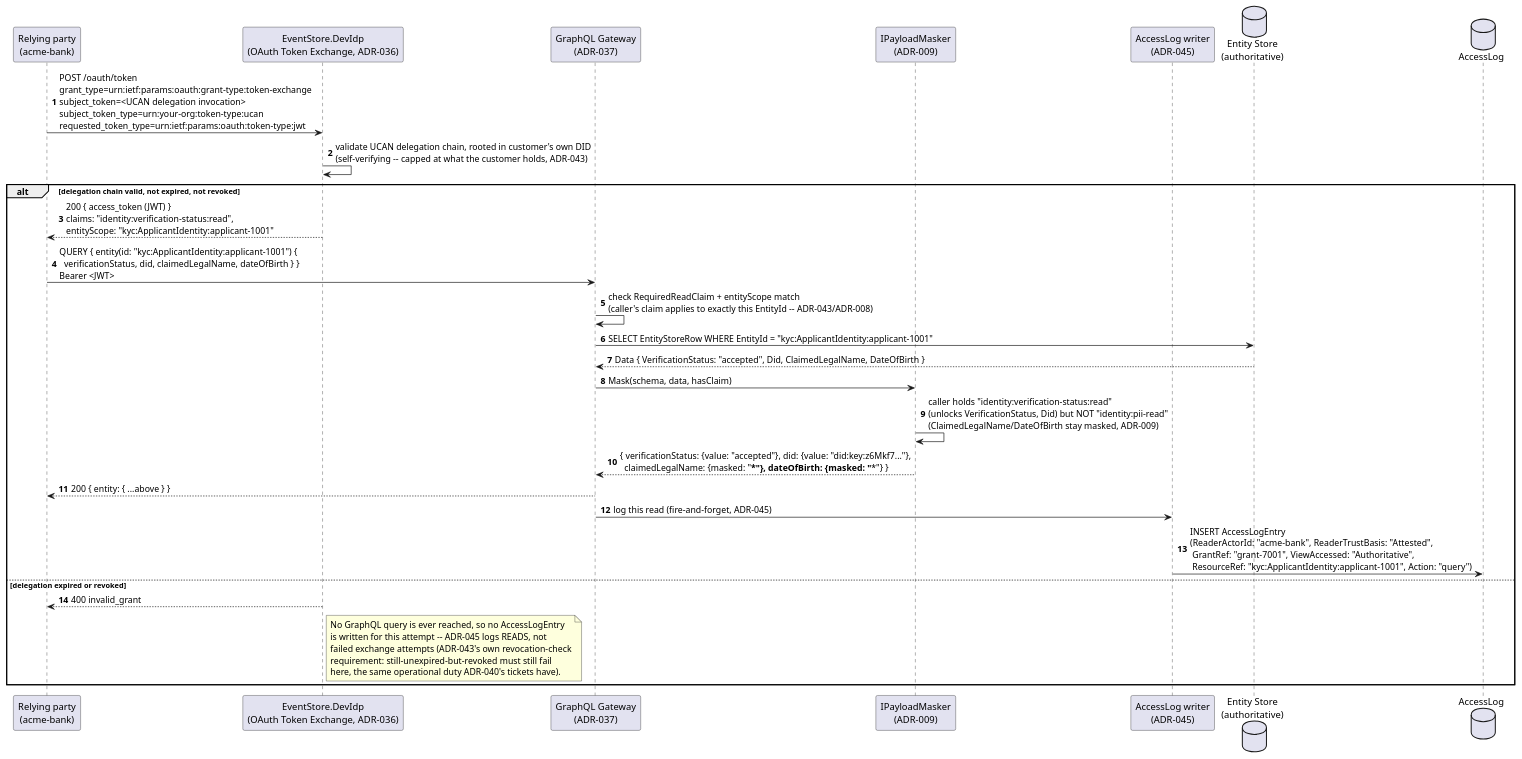
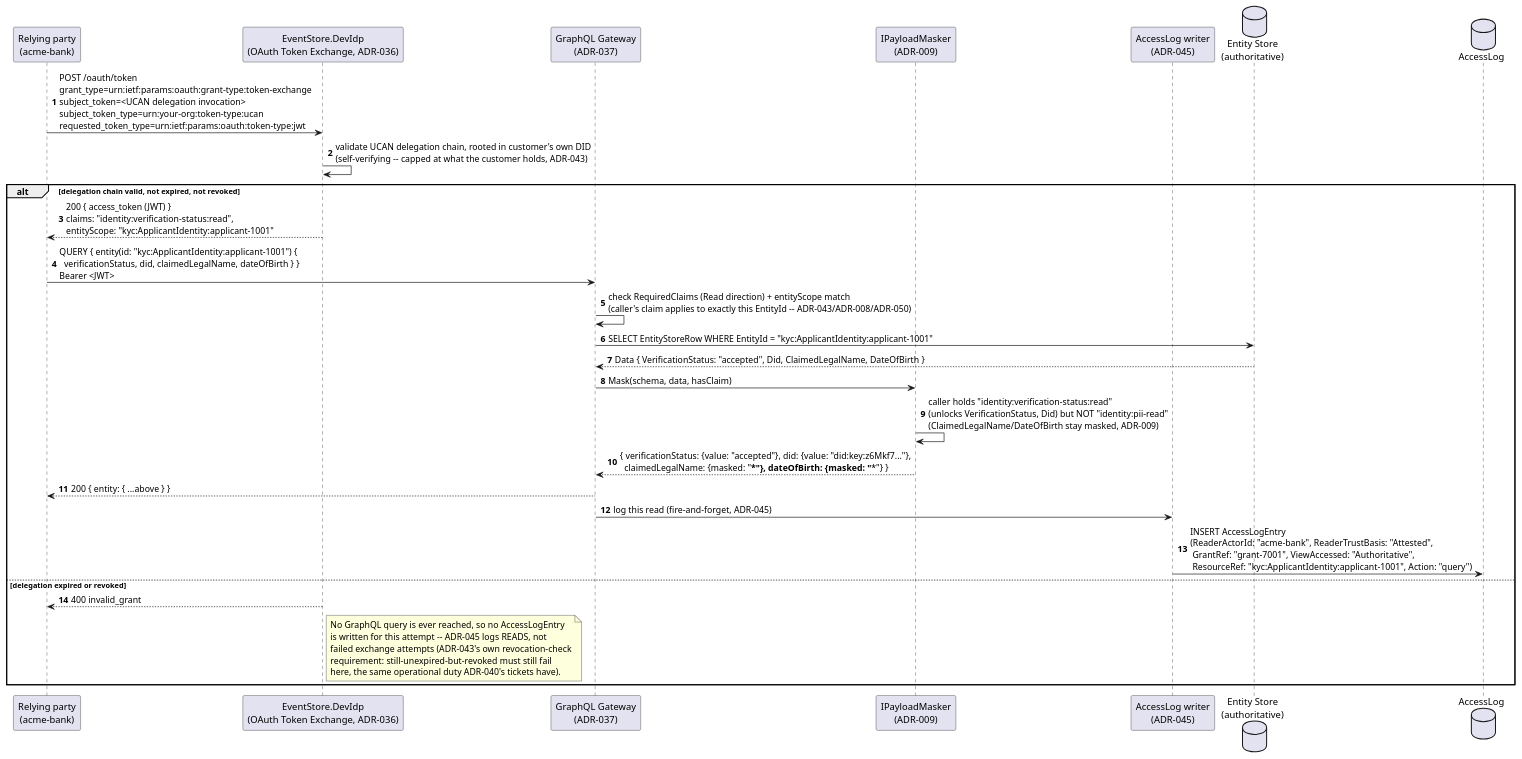
One commit to Mwwhited-BookLearning/EventSourcing changed the second of 7 diagrams in docs/domains/digital-identity-kyc/features/relying-party-verification-request.md. Above: the diagram before and after it, drawn with PlantUML. The commit also changed other lines of this file and 39 other files, not shown here.

````diff
--- a/docs/domains/digital-identity-kyc/features/relying-party-verification-request.md
+++ b/docs/domains/digital-identity-kyc/features/relying-party-verification-request.md
@@ -89,37 +89,37 @@
 ```plantuml
 @startuml RelyingParty_ReadAndLog_Sequence
 autonumber
 participant "Relying party\n(acme-bank)" as bank
 participant "EventStore.DevIdp\n(OAuth Token Exchange, ADR-036)" as idp
 participant "GraphQL Gateway\n(ADR-037)" as graphql
 participant "IPayloadMasker\n(ADR-009)" as masker
 participant "AccessLog writer\n(ADR-045)" as accessLog
 database "Entity Store\n(authoritative)" as entityStore
 database "AccessLog" as accessLogDb
 
 bank -> idp: POST /oauth/token\ngrant_type=urn:ietf:params:oauth:grant-type:token-exchange\nsubject_token=<UCAN delegation invocation>\nsubject_token_type=urn:your-org:token-type:ucan\nrequested_token_type=urn:ietf:params:oauth:token-type:jwt
 idp -> idp: validate UCAN delegation chain, rooted in customer's own DID\n(self-verifying -- capped at what the customer holds, ADR-043)
 alt delegation chain valid, not expired, not revoked
   idp --> bank: 200 { access_token (JWT) }\nclaims: "identity:verification-status:read",\nentityScope: "kyc:ApplicantIdentity:applicant-1001"
   bank -> graphql: QUERY { entity(id: "kyc:ApplicantIdentity:applicant-1001") {\n  verificationStatus, did, claimedLegalName, dateOfBirth } }\nBearer <JWT>
-  graphql -> graphql: check RequiredReadClaim + entityScope match\n(caller's claim applies to exactly this EntityId -- ADR-043/ADR-008)
+  graphql -> graphql: check RequiredClaims (Read direction) + entityScope match\n(caller's claim applies to exactly this EntityId -- ADR-043/ADR-008/ADR-050)
   graphql -> entityStore: SELECT EntityStoreRow WHERE EntityId = "kyc:ApplicantIdentity:applicant-1001"
   entityStore --> graphql: Data { VerificationStatus: "accepted", Did, ClaimedLegalName, DateOfBirth }
   graphql -> masker: Mask(schema, data, hasClaim)
   masker -> masker: caller holds "identity:verification-status:read"\n(unlocks VerificationStatus, Did) but NOT "identity:pii-read"\n(ClaimedLegalName/DateOfBirth stay masked, ADR-009)
   masker --> graphql: { verificationStatus: {value: "accepted"}, did: {value: "did:key:z6Mkf7..."},\n  claimedLegalName: {masked: "***"}, dateOfBirth: {masked: "***"} }
   graphql --> bank: 200 { entity: { ...above } }
   graphql -> accessLog: log this read (fire-and-forget, ADR-045)
   accessLog -> accessLogDb: INSERT AccessLogEntry\n(ReaderActorId: "acme-bank", ReaderTrustBasis: "Attested",\n GrantRef: "grant-7001", ViewAccessed: "Authoritative",\n ResourceRef: "kyc:ApplicantIdentity:applicant-1001", Action: "query")
 else delegation expired or revoked
   idp --> bank: 400 invalid_grant
   note right of idp
     No GraphQL query is ever reached, so no AccessLogEntry
     is written for this attempt -- ADR-045 logs READS, not
     failed exchange attempts (ADR-043's own revocation-check
     requirement: still-unexpired-but-revoked must still fail
     here, the same operational duty ADR-040's tickets have).
   end note
 end
 @enduml
 ```
````
